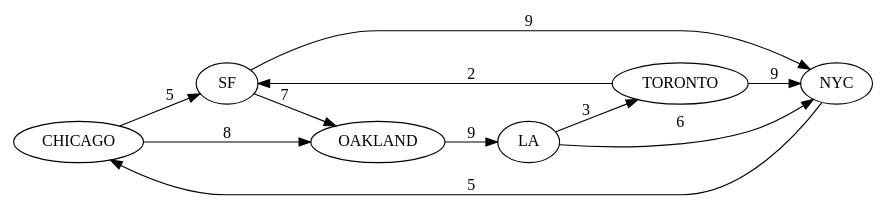
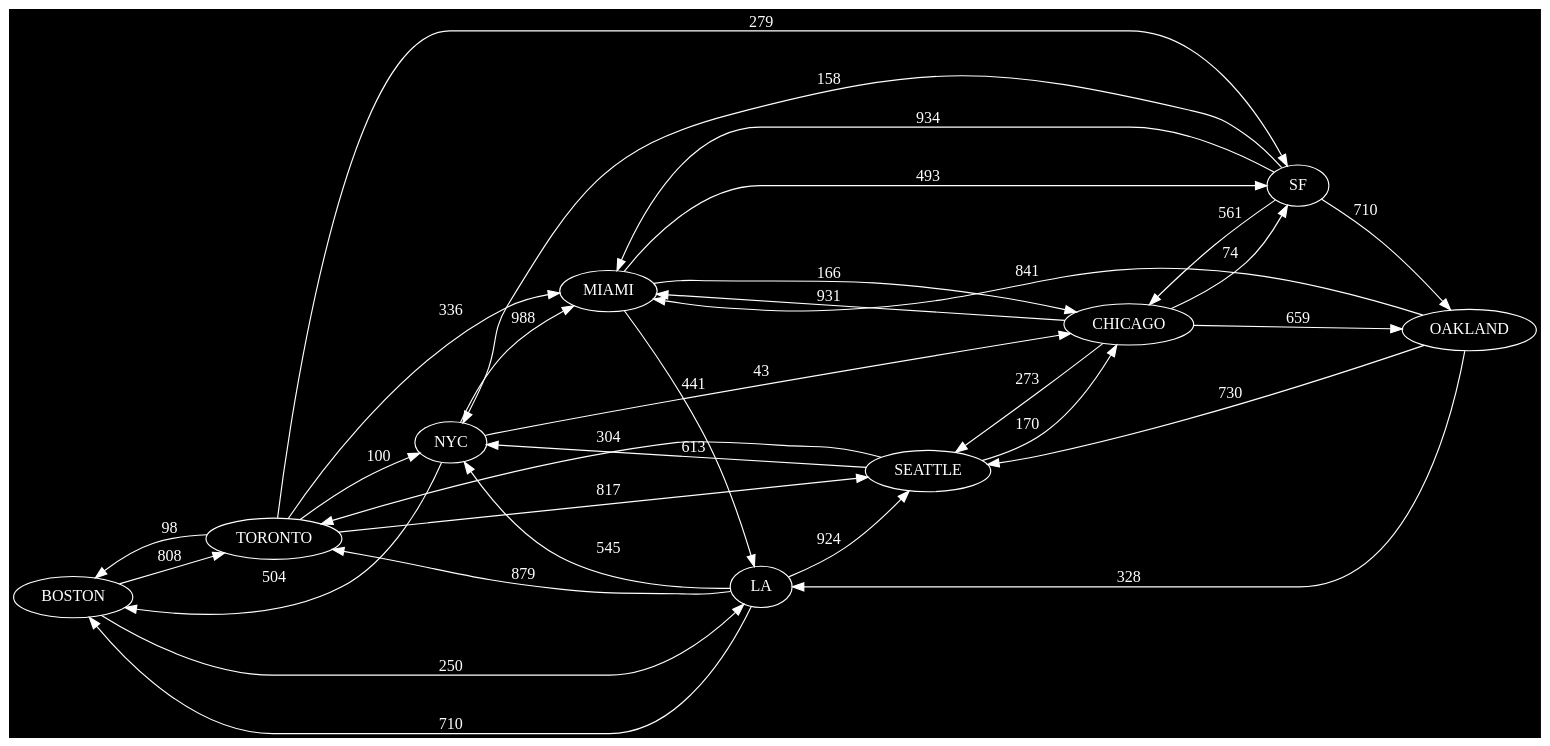
Before and after one commit to isco355/cis_25: the diagram in final_project/dots/routes.dot, drawn with Graphviz. The commit also changed 16 other files, not shown here.

```diff
--- a/final_project/dots/routes.dot
+++ b/final_project/dots/routes.dot
@@ -1,13 +1,35 @@
 digraph {
 rankdir=LR ;
- CHICAGO -> SF [label="5",weight="5"];
- CHICAGO -> OAKLAND [label="8",weight="8"];
- LA -> NYC [label="6",weight="6"];
- LA -> TORONTO [label="3",weight="3"];
- NYC -> CHICAGO [label="5",weight="5"];
- OAKLAND -> LA [label="9",weight="9"];
- SF -> OAKLAND [label="7",weight="7"];
- SF -> NYC [label="9",weight="9"];
- TORONTO -> NYC [label="9",weight="9"];
- TORONTO -> SF [label="2",weight="2"];
+bgcolor="black";node [fontcolor="white",color="white"];
+edge[color="white", fontcolor ="white"];BOSTON -> TORONTO [label="808",weight="808"];
+BOSTON -> LA [label="250",weight="250"];
+CHICAGO -> SF [label="74",weight="74"];
+CHICAGO -> OAKLAND [label="659",weight="659"];
+CHICAGO -> MIAMI [label="931",weight="931"];
+CHICAGO -> SEATTLE [label="273",weight="273"];
+LA -> NYC [label="545",weight="545"];
+LA -> TORONTO [label="879",weight="879"];
+LA -> SEATTLE [label="924",weight="924"];
+LA -> BOSTON [label="710",weight="710"];
+MIAMI -> LA [label="441",weight="441"];
+MIAMI -> CHICAGO [label="166",weight="166"];
+MIAMI -> SF [label="493",weight="493"];
+NYC -> CHICAGO [label="43",weight="43"];
+NYC -> MIAMI [label="988",weight="988"];
+NYC -> BOSTON [label="504",weight="504"];
+OAKLAND -> LA [label="328",weight="328"];
+OAKLAND -> SEATTLE [label="730",weight="730"];
+OAKLAND -> MIAMI [label="841",weight="841"];
+SEATTLE -> NYC [label="613",weight="613"];
+SEATTLE -> TORONTO [label="304",weight="304"];
+SEATTLE -> CHICAGO [label="170",weight="170"];
+SF -> OAKLAND [label="710",weight="710"];
+SF -> NYC [label="158",weight="158"];
+SF -> CHICAGO [label="561",weight="561"];
+SF -> MIAMI [label="934",weight="934"];
+TORONTO -> NYC [label="100",weight="100"];
+TORONTO -> SF [label="279",weight="279"];
+TORONTO -> SEATTLE [label="817",weight="817"];
+TORONTO -> MIAMI [label="336",weight="336"];
+TORONTO -> BOSTON [label="98",weight="98"];
 }
```
